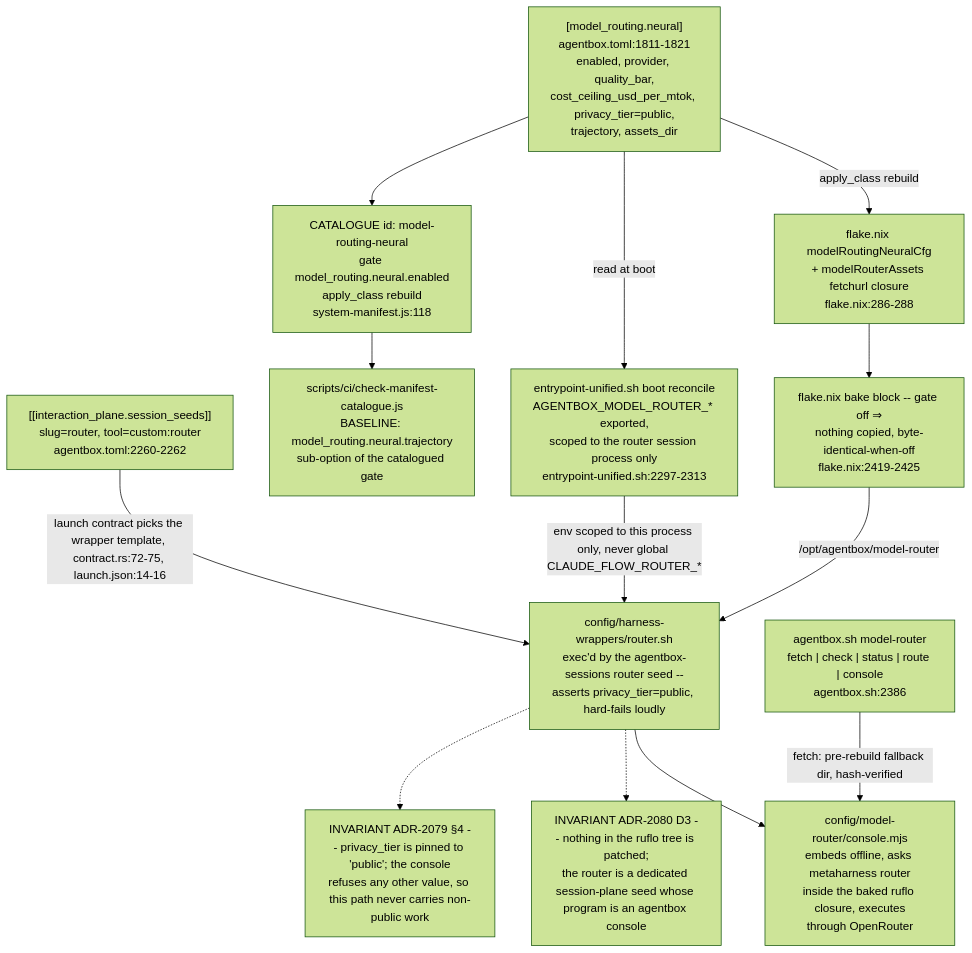
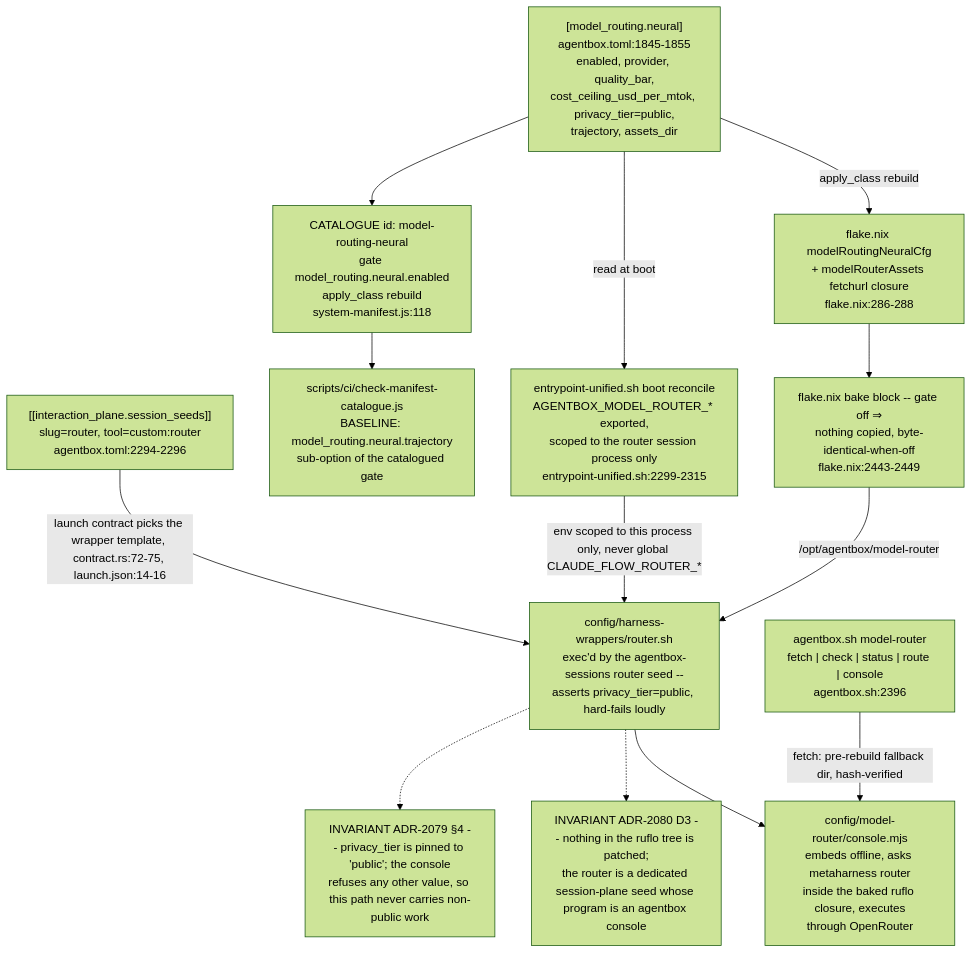
One commit to DreamLab-AI/VisionFlow changed diagram 14 of 15 in docs/diagrams/agentbox/15-capability-gating-spend-consultants.md. Above: the diagram before and after it, drawn with Mermaid (forest theme). The commit also changed other lines of this file and 7 other files, not shown here.

First line of the commit message:
diagrams(agentbox): re-verify AB-09..AB-16 at agentbox 59b1aca, re-stamp

````diff
--- a/docs/diagrams/agentbox/15-capability-gating-spend-consultants.md
+++ b/docs/diagrams/agentbox/15-capability-gating-spend-consultants.md
@@ -691,29 +696,29 @@
 ```mermaid
 flowchart TD
-    T["[model_routing.neural]<br/>agentbox.toml:1811-1821<br/>enabled, provider, quality_bar,<br/>cost_ceiling_usd_per_mtok, privacy_tier=public,<br/>trajectory, assets_dir"]
-    SEED["[[interaction_plane.session_seeds]]<br/>slug=router, tool=custom:router<br/>agentbox.toml:2260-2262"]
+    T["[model_routing.neural]<br/>agentbox.toml:1845-1855<br/>enabled, provider, quality_bar,<br/>cost_ceiling_usd_per_mtok, privacy_tier=public,<br/>trajectory, assets_dir"]
+    SEED["[[interaction_plane.session_seeds]]<br/>slug=router, tool=custom:router<br/>agentbox.toml:2294-2296"]
     CAT["CATALOGUE id: model-routing-neural<br/>gate model_routing.neural.enabled<br/>apply_class rebuild<br/>system-manifest.js:118"]
     NIX["flake.nix modelRoutingNeuralCfg<br/>+ modelRouterAssets fetchurl closure<br/>flake.nix:286-288"]
-    BAKE["flake.nix bake block -- gate off ⇒<br/>nothing copied, byte-identical-when-off<br/>flake.nix:2419-2425"]
-    ENTRY["entrypoint-unified.sh boot reconcile<br/>AGENTBOX_MODEL_ROUTER_* exported,<br/>scoped to the router session process only<br/>entrypoint-unified.sh:2297-2313"]
+    BAKE["flake.nix bake block -- gate off ⇒<br/>nothing copied, byte-identical-when-off<br/>flake.nix:2443-2449"]
+    ENTRY["entrypoint-unified.sh boot reconcile<br/>AGENTBOX_MODEL_ROUTER_* exported,<br/>scoped to the router session process only<br/>entrypoint-unified.sh:2299-2315"]
     WRAP["config/harness-wrappers/router.sh<br/>exec'd by the agentbox-sessions router seed --<br/>asserts privacy_tier=public, hard-fails loudly"]
     CONSOLE["config/model-router/console.mjs<br/>embeds offline, asks metaharness router<br/>inside the baked ruflo closure, executes<br/>through OpenRouter"]
-    CLI["agentbox.sh model-router<br/>fetch #124; check #124; status #124; route #124; console<br/>agentbox.sh:2386"]
+    CLI["agentbox.sh model-router<br/>fetch #124; check #124; status #124; route #124; console<br/>agentbox.sh:2396"]
     CATCHECK["scripts/ci/check-manifest-catalogue.js<br/>BASELINE: model_routing.neural.trajectory<br/>sub-option of the catalogued gate"]
 
     T -->|"apply_class rebuild"| NIX
     NIX --> BAKE
     BAKE -->|"/opt/agentbox/model-router"| WRAP
     T -->|"read at boot"| ENTRY
     ENTRY -->|"env scoped to this process only, never global CLAUDE_FLOW_ROUTER_*"| WRAP
     SEED -->|"launch contract picks the wrapper template, contract.rs:72-75, launch.json:14-16"| WRAP
     WRAP --> CONSOLE
     CLI -->|"fetch: pre-rebuild fallback dir, hash-verified"| CONSOLE
     T --> CAT
     CAT --> CATCHECK
 
     NOTE1["INVARIANT ADR-2080 D3 -- nothing in the ruflo tree is patched;<br/>the router is a dedicated session-plane seed whose program is an agentbox console"]
     NOTE2["INVARIANT ADR-2079 §4 -- privacy_tier is pinned to 'public'; the console<br/>refuses any other value, so this path never carries non-public work"]
     WRAP -.-> NOTE1
     WRAP -.-> NOTE2
 ```
````
